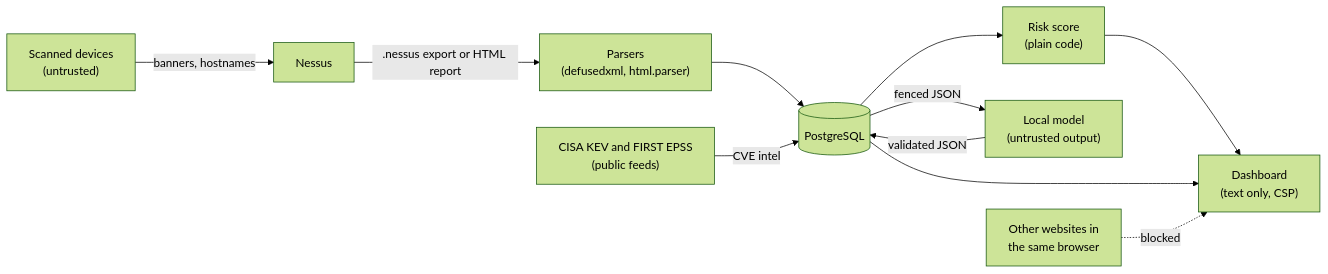
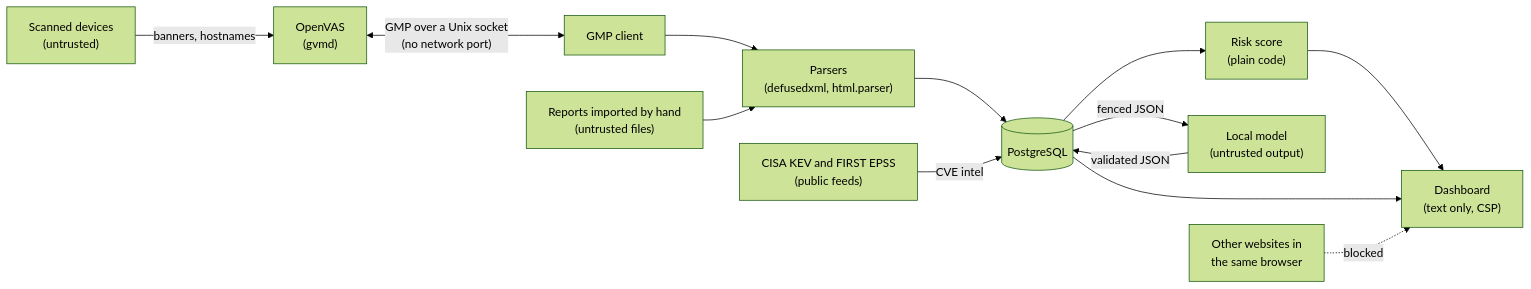
Before and after one commit to oskker/homelab-vuln-dashboard: the diagram in docs/threat-model.md, drawn with Mermaid (forest theme). The commit also changed other lines of this file and 56 other files, not shown here.

Commit message:
Version 0.2.0: OpenVAS, scan history and trends

````diff
--- a/docs/threat-model.md
+++ b/docs/threat-model.md
@@ -17,13 +18,15 @@
 ```mermaid
 flowchart LR
-    devices["Scanned devices<br/>(untrusted)"] -->|banners, hostnames| scanner["Nessus"]
-    scanner -->|.nessus export or HTML report| parser["Parsers<br/>(defusedxml, html.parser)"]
+    devices["Scanned devices<br/>(untrusted)"] -->|banners, hostnames| scanner["OpenVAS<br/>(gvmd)"]
+    scanner <-->|"GMP over a Unix socket<br/>(no network port)"| sync["GMP client"]
+    sync --> parser["Parsers<br/>(defusedxml, html.parser)"]
+    files["Reports imported by hand<br/>(untrusted files)"] --> parser
     parser --> db[("PostgreSQL")]
     feeds["CISA KEV and FIRST EPSS<br/>(public feeds)"] -->|CVE intel| db
     db --> score["Risk score<br/>(plain code)"]
     db -->|fenced JSON| model["Local model<br/>(untrusted output)"]
     model -->|validated JSON| db
     score --> ui["Dashboard<br/>(text only, CSP)"]
     db --> ui
     browser["Other websites in<br/>the same browser"] -.->|blocked| ui
 ```
````
